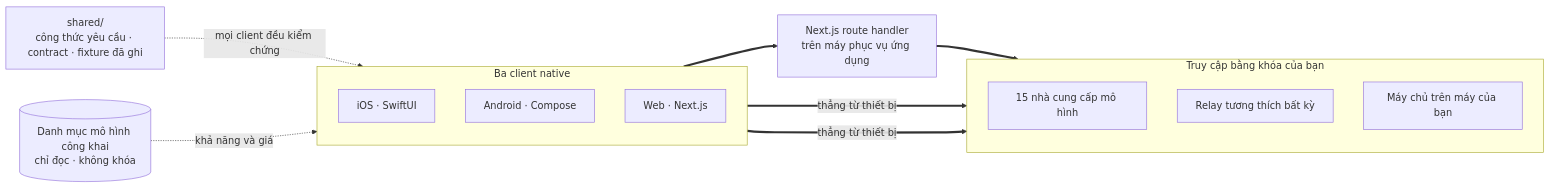
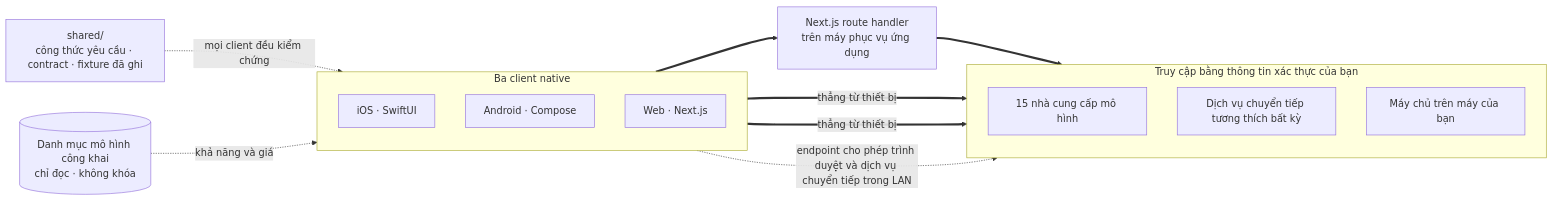
One commit to oriveo/oriveo changed the diagram in readme_i18n/vi/README.md. Above: the diagram before and after it, drawn with Mermaid. The commit also changed other lines of this file and 89 other files, not shown here.

````diff
--- a/readme_i18n/vi/README.md
+++ b/readme_i18n/vi/README.md
@@ -186,26 +193,27 @@
 ```mermaid
 flowchart LR
     shared["shared/<br/>công thức yêu cầu · contract · fixture đã ghi"]
 
     subgraph clients ["Ba client native"]
         direction TB
         ios["iOS · SwiftUI"]
         android["Android · Compose"]
         web["Web · Next.js"]
     end
 
     route["Next.js route handler<br/>trên máy phục vụ ứng dụng"]
 
-    subgraph upstream ["Truy cập bằng khóa của bạn"]
+    subgraph upstream ["Truy cập bằng thông tin xác thực của bạn"]
         official["15 nhà cung cấp mô hình"]
-        relay["Relay tương thích bất kỳ"]
+        relay["Dịch vụ chuyển tiếp tương thích bất kỳ"]
         local["Máy chủ trên máy của bạn"]
     end
 
     catalog[("Danh mục mô hình công khai<br/>chỉ đọc · không khóa")]
 
     shared -.->|"mọi client đều kiểm chứng"| clients
     catalog -.->|"khả năng và giá"| clients
     ios & android ==>|"thẳng từ thiết bị"| upstream
     web ==> route ==> upstream
+    web -.->|"endpoint cho phép trình duyệt và dịch vụ chuyển tiếp trong LAN"| upstream
 ```
````
